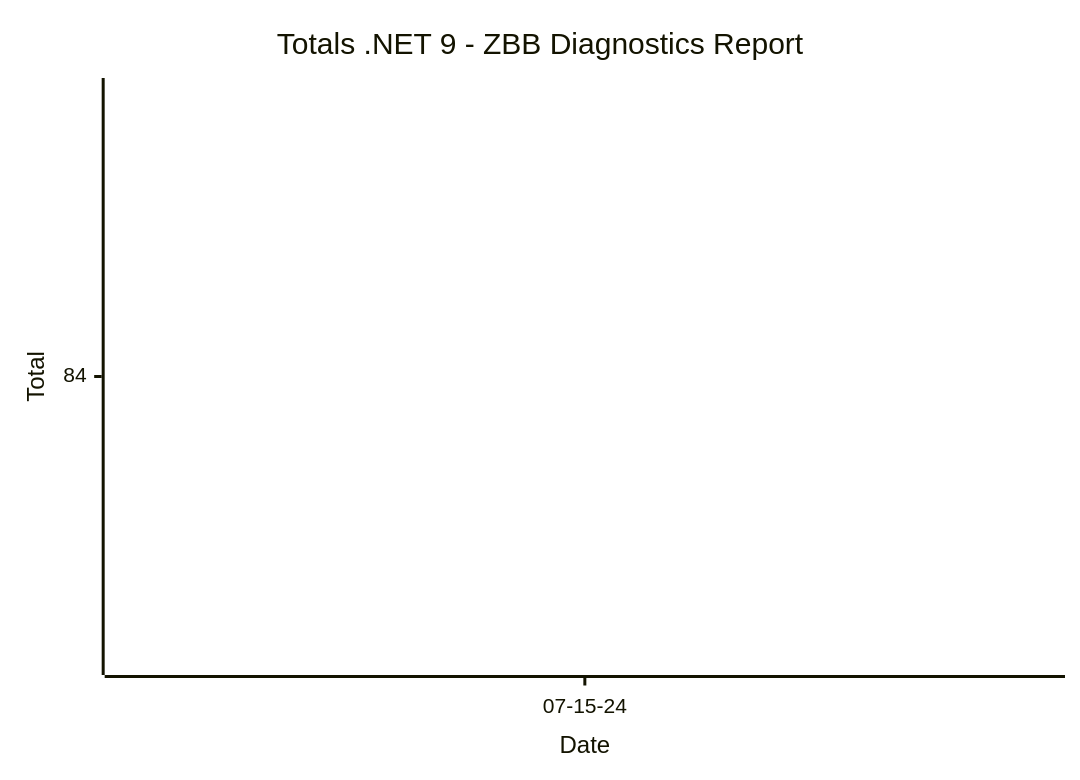
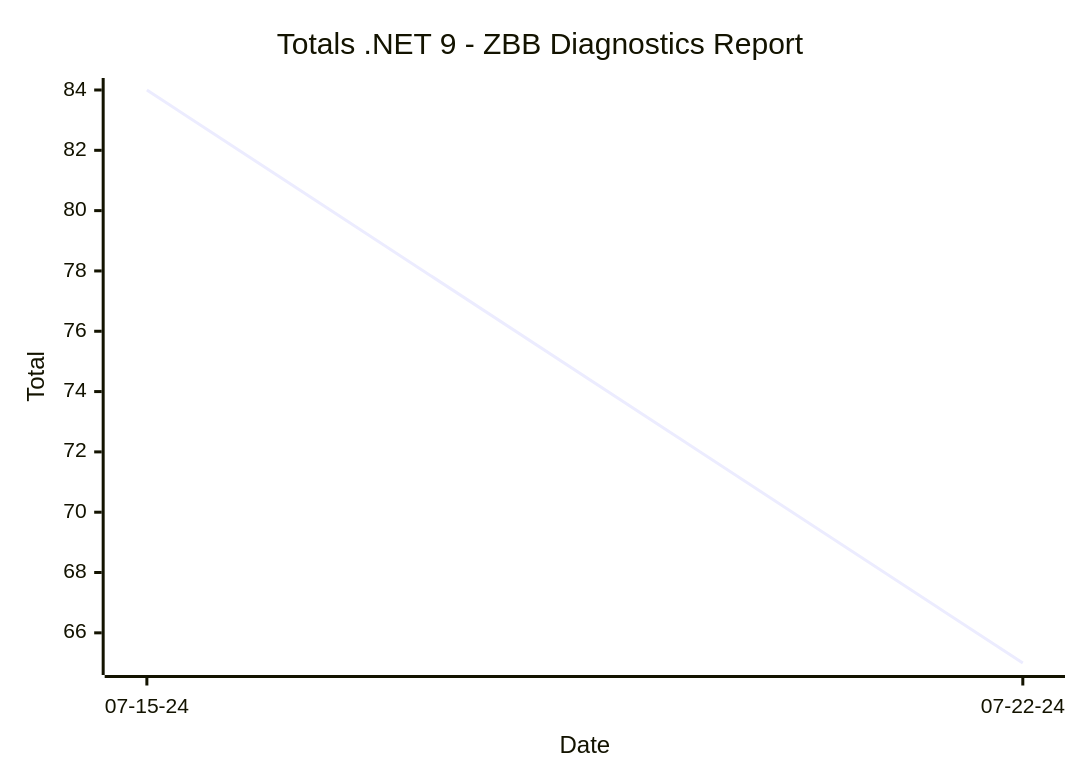
The second of 2 diagrams in reports/README.md (hoyosjs/gh-issue-tracker), drawn with Mermaid before and after one commit. The commit also changed other lines of this file and 4 other files, not shown here.

````diff
--- a/reports/README.md
+++ b/reports/README.md
@@ -24,7 +24,7 @@
 ```mermaid
 xychart-beta
   title "Totals .NET 9 - ZBB Diagnostics Report"
-  x-axis "Date" ["07-15-24"]
+  x-axis "Date" ["07-15-24", "07-22-24"]
   y-axis "Total"
-  line [84]
+  line [84, 65]
 ```
````
